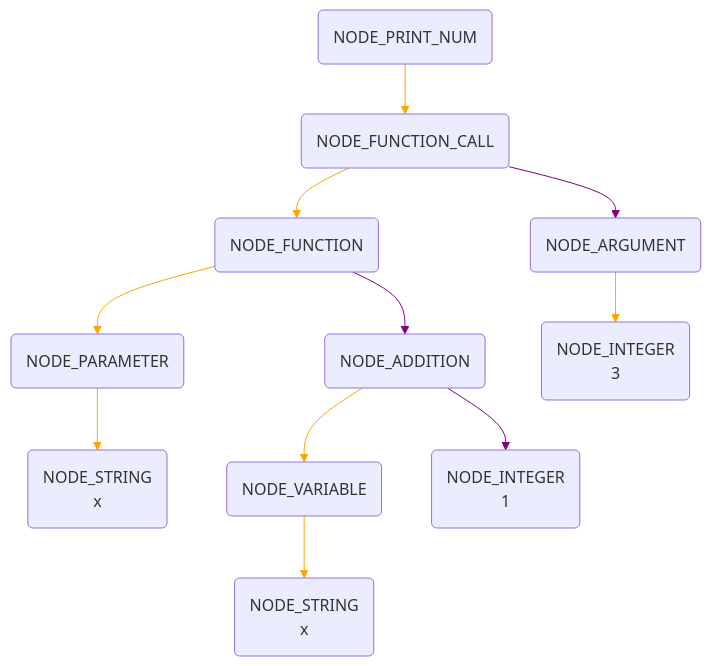
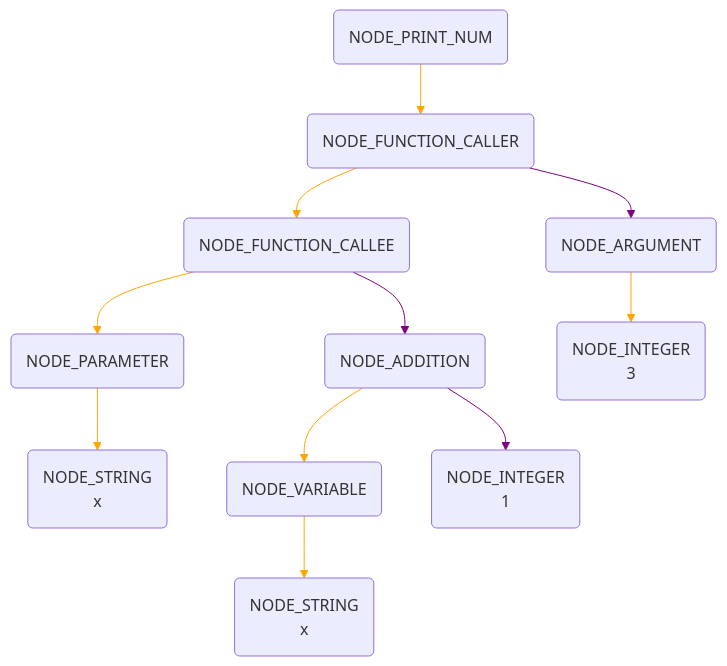
One commit to RobinHsieh/Compiler_in_C changed the seventh of 8 diagrams in FinalProject/README.md. Above: the diagram before and after it, drawn with Mermaid. The commit also changed other lines of this file and 3 other files, not shown here.

````diff
--- a/FinalProject/README.md
+++ b/FinalProject/README.md
@@ -239,16 +239,16 @@
 ```mermaid
 graph TB
-14(NODE_PRINT_NUM) --> 22(NODE_FUNCTION_CALL)
-22 --> 21(NODE_FUNCTION)
+14(NODE_PRINT_NUM) --> 22(NODE_FUNCTION_CALLER)
+22 --> 21(NODE_FUNCTION_CALLEE)
 22 --> 20(NODE_ARGUMENT)
 21 --> 19(NODE_PARAMETER)
 21 --> 3(NODE_ADDITION)
 19 --> 2(NODE_STRING\nx)
 3 --> 17(NODE_VARIABLE)
 3 --> 0(NODE_INTEGER\n1)
 17 --> 102(NODE_STRING\nx)
 20 --> 100(NODE_INTEGER\n3)
 
 linkStyle 0,1,3,5,6,8,9 stroke:orange;
 linkStyle 2,4,7 stroke:purple;
 ```
````
